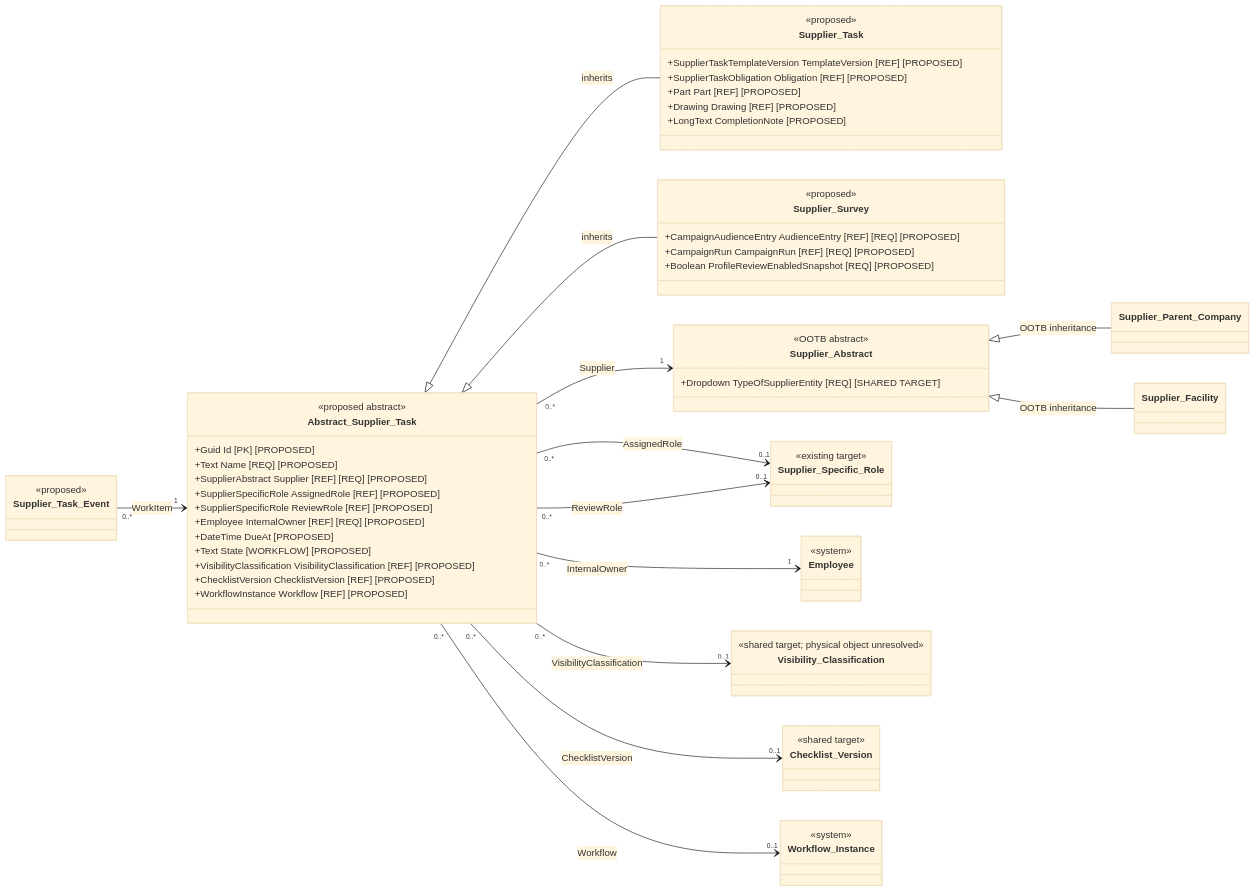
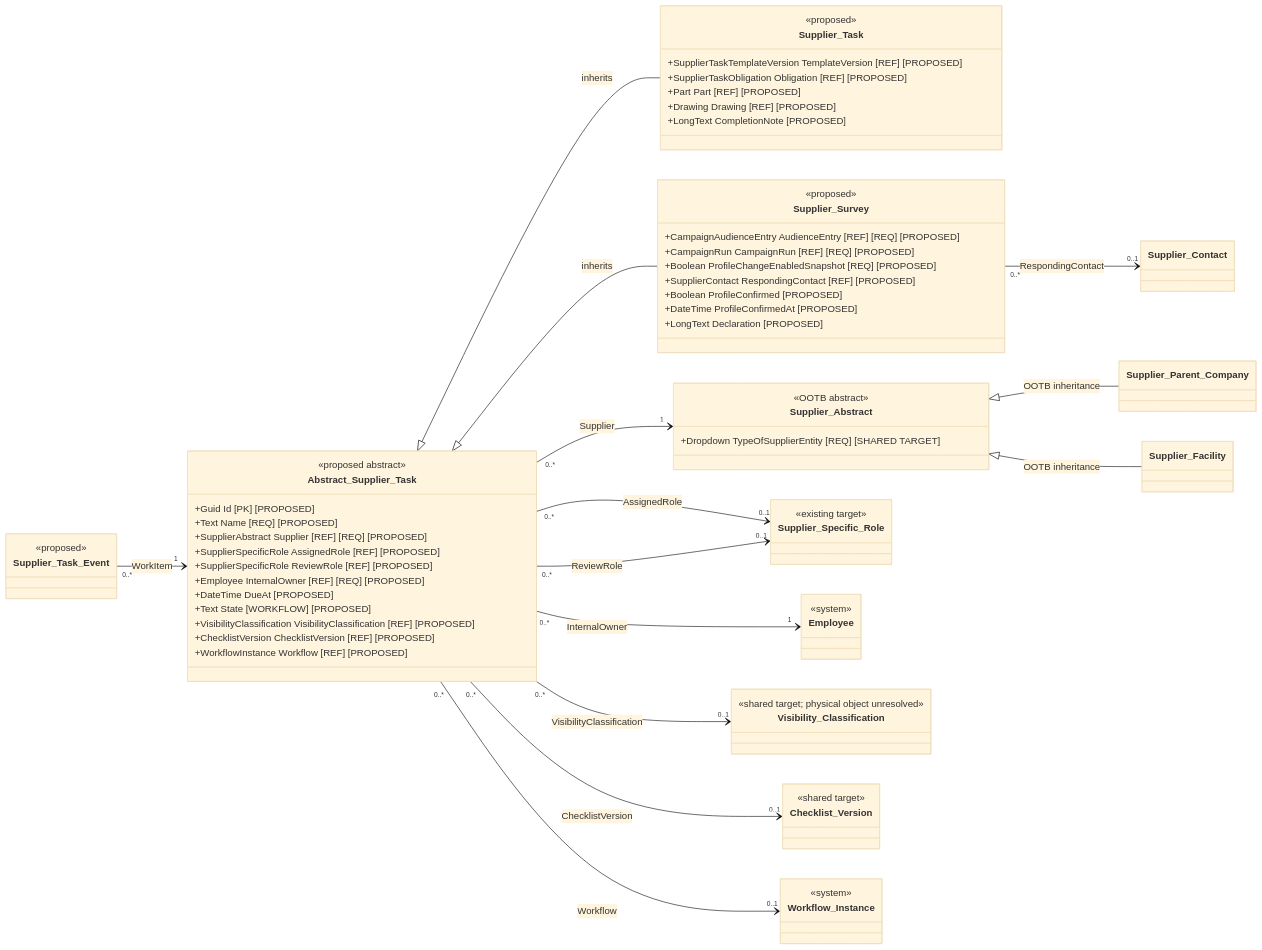
One commit to Summit-EHSQ/subaru changed the first of 5 diagrams in docs/phase 2/supplier-relationship-management/solution_specification/object_model/supplier-tasks-technical-specification.md. Above: the diagram before and after it, drawn with Mermaid (base theme). The commit also changed other lines of this file and 1 other file, not shown here.

Commit message:
survey field lists

````diff
--- a/docs/phase 2/supplier-relationship-management/solution_specification/object_model/supplier-tasks-technical-specification.md
+++ b/docs/phase 2/supplier-relationship-management/solution_specification/object_model/supplier-tasks-technical-specification.md
@@ -120,73 +124,79 @@
 ```mermaid
 classDiagram
 direction LR
 
 class Abstract_Supplier_Task {
   <<proposed abstract>>
   +Guid Id [PK] [PROPOSED]
   +Text Name [REQ] [PROPOSED]
   +SupplierAbstract Supplier [REF] [REQ] [PROPOSED]
   +SupplierSpecificRole AssignedRole [REF] [PROPOSED]
   +SupplierSpecificRole ReviewRole [REF] [PROPOSED]
   +Employee InternalOwner [REF] [REQ] [PROPOSED]
   +DateTime DueAt [PROPOSED]
   +Text State [WORKFLOW] [PROPOSED]
   +VisibilityClassification VisibilityClassification [REF] [PROPOSED]
   +ChecklistVersion ChecklistVersion [REF] [PROPOSED]
   +WorkflowInstance Workflow [REF] [PROPOSED]
 }
 
 class Supplier_Task {
   <<proposed>>
   +SupplierTaskTemplateVersion TemplateVersion [REF] [PROPOSED]
   +SupplierTaskObligation Obligation [REF] [PROPOSED]
   +Part Part [REF] [PROPOSED]
   +Drawing Drawing [REF] [PROPOSED]
   +LongText CompletionNote [PROPOSED]
 }
 class Supplier_Survey {
   <<proposed>>
   +CampaignAudienceEntry AudienceEntry [REF] [REQ] [PROPOSED]
   +CampaignRun CampaignRun [REF] [REQ] [PROPOSED]
-  +Boolean ProfileReviewEnabledSnapshot [REQ] [PROPOSED]
+  +Boolean ProfileChangeEnabledSnapshot [REQ] [PROPOSED]
+  +SupplierContact RespondingContact [REF] [PROPOSED]
+  +Boolean ProfileConfirmed [PROPOSED]
+  +DateTime ProfileConfirmedAt [PROPOSED]
+  +LongText Declaration [PROPOSED]
 }
 
 class Supplier_Abstract {
   <<OOTB abstract>>
   +Dropdown TypeOfSupplierEntity [REQ] [SHARED TARGET]
 }
 class Supplier_Parent_Company
 class Supplier_Facility
+class Supplier_Contact
 class Supplier_Specific_Role {
   <<existing target>>
 }
 class Employee {
   <<system>>
 }
 class Visibility_Classification {
   <<shared target; physical object unresolved>>
 }
 class Checklist_Version {
   <<shared target>>
 }
 class Workflow_Instance {
   <<system>>
 }
 class Supplier_Task_Event {
   <<proposed>>
 }
 
 Abstract_Supplier_Task <|-- Supplier_Task : inherits
 Abstract_Supplier_Task <|-- Supplier_Survey : inherits
 Supplier_Abstract <|-- Supplier_Parent_Company : OOTB inheritance
 Supplier_Abstract <|-- Supplier_Facility : OOTB inheritance
 
 Abstract_Supplier_Task "0..*" --> "1" Supplier_Abstract : Supplier
 Abstract_Supplier_Task "0..*" --> "0..1" Supplier_Specific_Role : AssignedRole
 Abstract_Supplier_Task "0..*" --> "0..1" Supplier_Specific_Role : ReviewRole
 Abstract_Supplier_Task "0..*" --> "1" Employee : InternalOwner
 Abstract_Supplier_Task "0..*" --> "0..1" Visibility_Classification : VisibilityClassification
 Abstract_Supplier_Task "0..*" --> "0..1" Checklist_Version : ChecklistVersion
 Abstract_Supplier_Task "0..*" --> "0..1" Workflow_Instance : Workflow
+Supplier_Survey "0..*" --> "0..1" Supplier_Contact : RespondingContact
 Supplier_Task_Event "0..*" --> "1" Abstract_Supplier_Task : WorkItem
 ```
````
